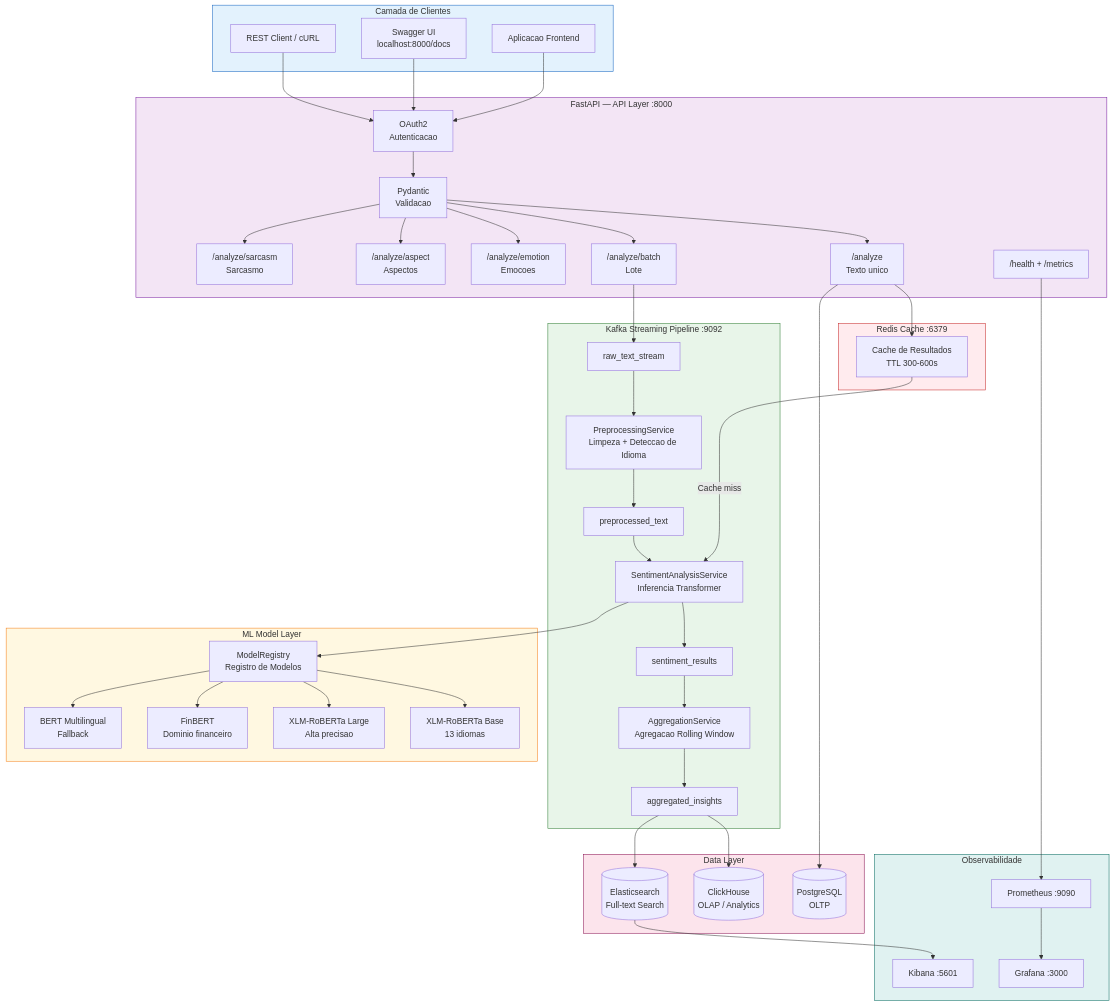
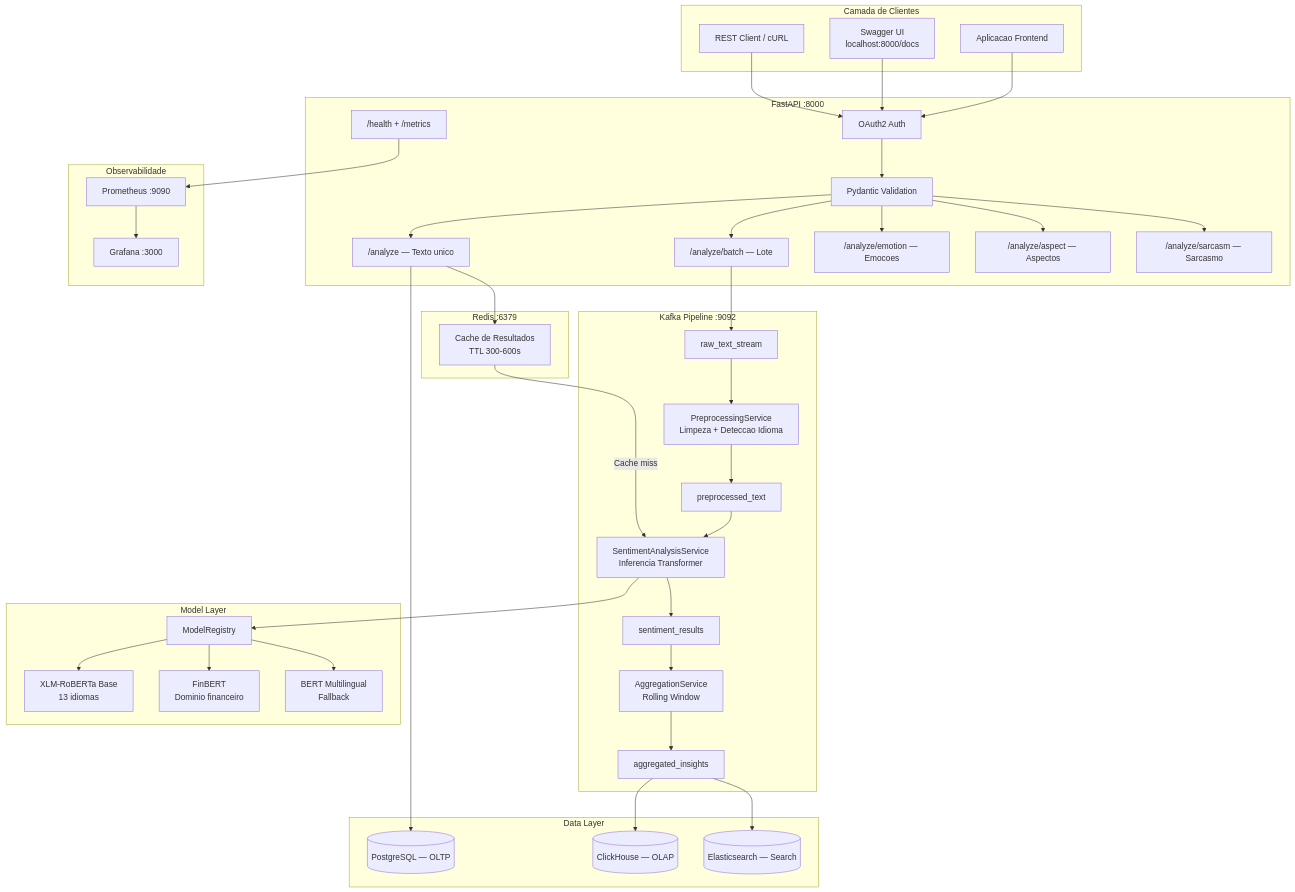
One commit to galafis/multi-language-sentiment-engine changed the first of 4 diagrams in README.md. Above: the diagram before and after it, drawn with Mermaid. The commit also changed other lines of this file, not shown here.

````diff
--- a/README.md
+++ b/README.md
@@ -88,74 +48,63 @@
 ```mermaid
-flowchart TB
+graph TD
     subgraph Clients["Camada de Clientes"]
         C1["REST Client / cURL"]
-        C2["Swagger UI\nlocalhost:8000/docs"]
+        C2["Swagger UI<br/>localhost:8000/docs"]
         C3["Aplicacao Frontend"]
     end
 
-    subgraph API["FastAPI — API Layer :8000"]
-        AUTH["OAuth2\nAutenticacao"]
-        VALID["Pydantic\nValidacao"]
-        EP_SINGLE["/analyze\nTexto unico"]
-        EP_BATCH["/analyze/batch\nLote"]
-        EP_EMOTION["/analyze/emotion\nEmocoes"]
-        EP_ASPECT["/analyze/aspect\nAspectos"]
-        EP_SARCASM["/analyze/sarcasm\nSarcasmo"]
+    subgraph API["FastAPI :8000"]
+        AUTH["OAuth2 Auth"]
+        VALID["Pydantic Validation"]
+        EP1["/analyze — Texto unico"]
+        EP2["/analyze/batch — Lote"]
+        EP3["/analyze/emotion — Emocoes"]
+        EP4["/analyze/aspect — Aspectos"]
+        EP5["/analyze/sarcasm — Sarcasmo"]
         HEALTH["/health + /metrics"]
     end
 
-    subgraph Cache["Redis Cache :6379"]
-        R["Cache de Resultados\nTTL 300-600s"]
+    subgraph Cache["Redis :6379"]
+        R["Cache de Resultados<br/>TTL 300-600s"]
     end
 
-    subgraph Streaming["Kafka Streaming Pipeline :9092"]
+    subgraph Streaming["Kafka Pipeline :9092"]
         T1["raw_text_stream"]
-        S1["PreprocessingService\nLimpeza + Deteccao de Idioma"]
+        S1["PreprocessingService<br/>Limpeza + Deteccao Idioma"]
         T2["preprocessed_text"]
-        S2["SentimentAnalysisService\nInferencia Transformer"]
+        S2["SentimentAnalysisService<br/>Inferencia Transformer"]
         T3["sentiment_results"]
-        S3["AggregationService\nAgregacao Rolling Window"]
+        S3["AggregationService<br/>Rolling Window"]
         T4["aggregated_insights"]
     end
 
-    subgraph Models["ML Model Layer"]
-        REG["ModelRegistry\nRegistro de Modelos"]
-        XLM["XLM-RoBERTa Base\n13 idiomas"]
-        XLM_L["XLM-RoBERTa Large\nAlta precisao"]
-        FINBERT["FinBERT\nDominio financeiro"]
-        BERT["BERT Multilingual\nFallback"]
+    subgraph Models["Model Layer"]
+        REG["ModelRegistry"]
+        XLM["XLM-RoBERTa Base<br/>13 idiomas"]
+        FINBERT["FinBERT<br/>Dominio financeiro"]
+        BERT["BERT Multilingual<br/>Fallback"]
     end
 
     subgraph Storage["Data Layer"]
-        PG[("PostgreSQL\nOLTP")]
-        CH[("ClickHouse\nOLAP / Analytics")]
-        ES[("Elasticsearch\nFull-text Search")]
+        PG[("PostgreSQL — OLTP")]
+        CH[("ClickHouse — OLAP")]
+        ES[("Elasticsearch — Search")]
     end
 
     subgraph Monitoring["Observabilidade"]
         PROM["Prometheus :9090"]
         GRAF["Grafana :3000"]
-        KIB["Kibana :5601"]
     end
 
     C1 & C2 & C3 --> AUTH --> VALID
-    VALID --> EP_SINGLE & EP_BATCH & EP_EMOTION & EP_ASPECT & EP_SARCASM
-    EP_SINGLE --> R
-    R -->|"Cache miss"| S2
-    EP_BATCH --> T1
+    VALID --> EP1 & EP2 & EP3 & EP4 & EP5
+    EP1 --> R
+    R -->|Cache miss| S2
+    EP2 --> T1
     T1 --> S1 --> T2 --> S2 --> T3 --> S3 --> T4
     S2 --> REG
-    REG --> XLM & XLM_L & FINBERT & BERT
+    REG --> XLM & FINBERT & BERT
     T4 --> CH & ES
-    EP_SINGLE --> PG
+    EP1 --> PG
     HEALTH --> PROM --> GRAF
-    ES --> KIB
-
-    style Clients fill:#e3f2fd,stroke:#1565c0
-    style API fill:#f3e5f5,stroke:#7b1fa2
-    style Cache fill:#ffebee,stroke:#c62828
-    style Streaming fill:#e8f5e9,stroke:#2e7d32
-    style Models fill:#fff8e1,stroke:#f57f17
-    style Storage fill:#fce4ec,stroke:#880e4f
-    style Monitoring fill:#e0f2f1,stroke:#00695c
 ```
````
